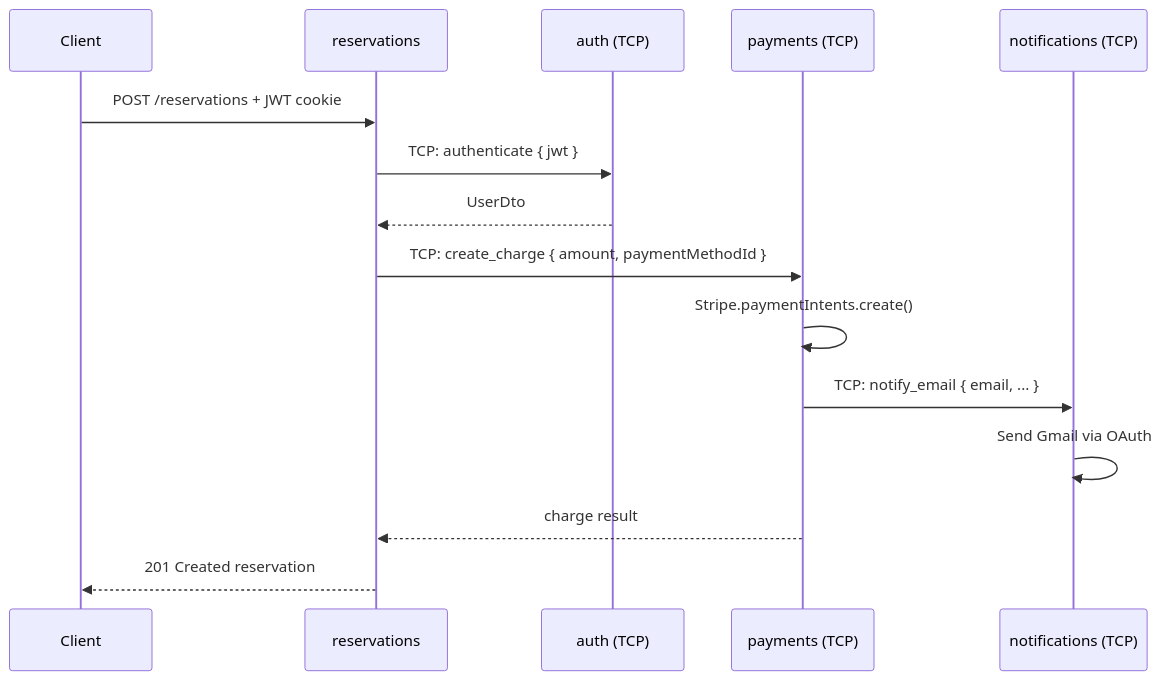
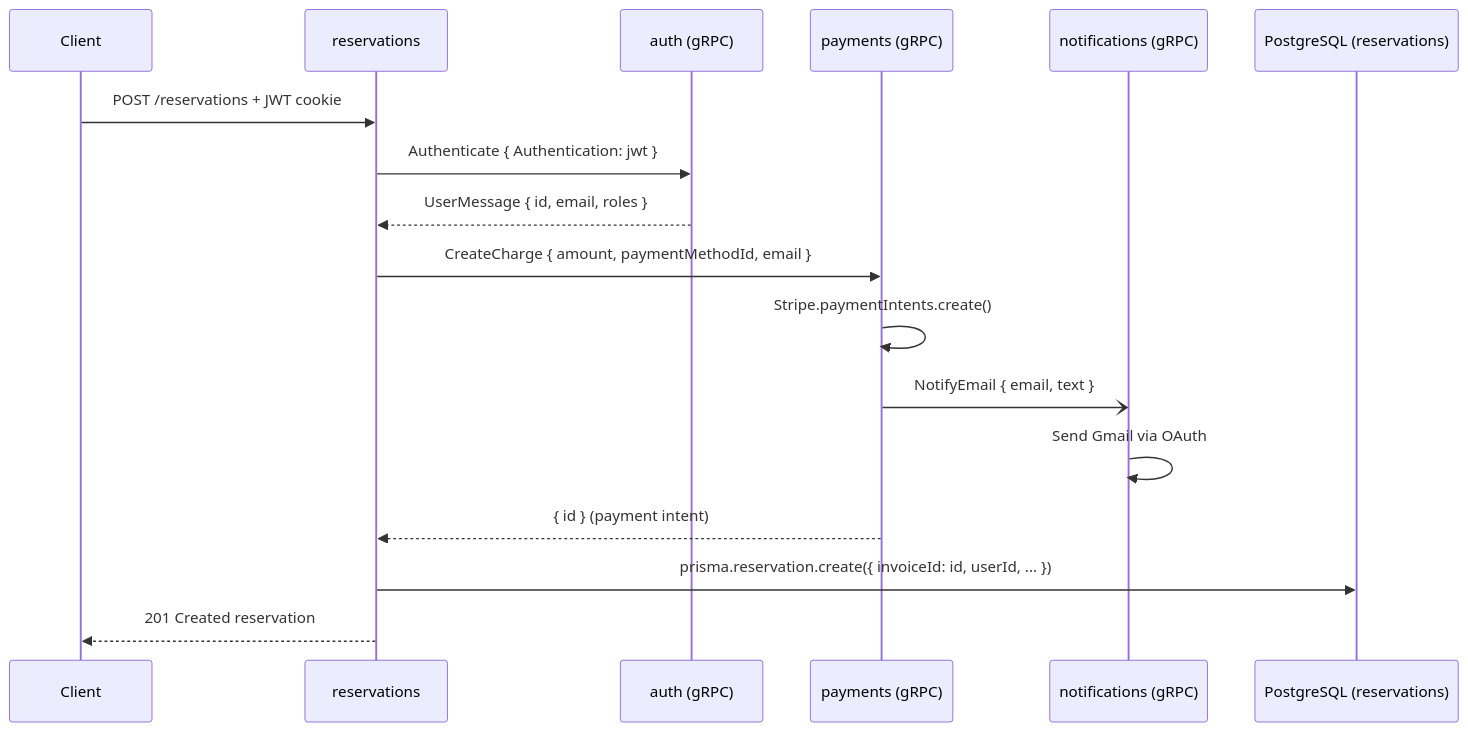
Before and after one commit to HuseyinKaraman/nestjs-microservice: the second of 2 diagrams in README.md, drawn with Mermaid. The commit also changed other lines of this file and 3 other files, not shown here.

First line of the commit message:
docs: update docs for Prisma/PostgreSQL and gRPC

````diff
--- a/README.md
+++ b/README.md
@@ -56,18 +63,20 @@
 ```mermaid
 sequenceDiagram
     participant C as Client
     participant R as reservations
-    participant A as auth (TCP)
-    participant P as payments (TCP)
-    participant N as notifications (TCP)
+    participant A as auth (gRPC)
+    participant P as payments (gRPC)
+    participant N as notifications (gRPC)
+    participant DB as PostgreSQL (reservations)
 
     C->>R: POST /reservations + JWT cookie
-    R->>A: TCP: authenticate { jwt }
-    A-->>R: UserDto
-    R->>P: TCP: create_charge { amount, paymentMethodId }
+    R->>A: Authenticate { Authentication: jwt }
+    A-->>R: UserMessage { id, email, roles }
+    R->>P: CreateCharge { amount, paymentMethodId, email }
     P->>P: Stripe.paymentIntents.create()
-    P->>N: TCP: notify_email { email, ... }
+    P-)N: NotifyEmail { email, text }
     N->>N: Send Gmail via OAuth
-    P-->>R: charge result
+    P-->>R: { id } (payment intent)
+    R->>DB: prisma.reservation.create({ invoiceId: id, userId, ... })
     R-->>C: 201 Created reservation
 ```
````
